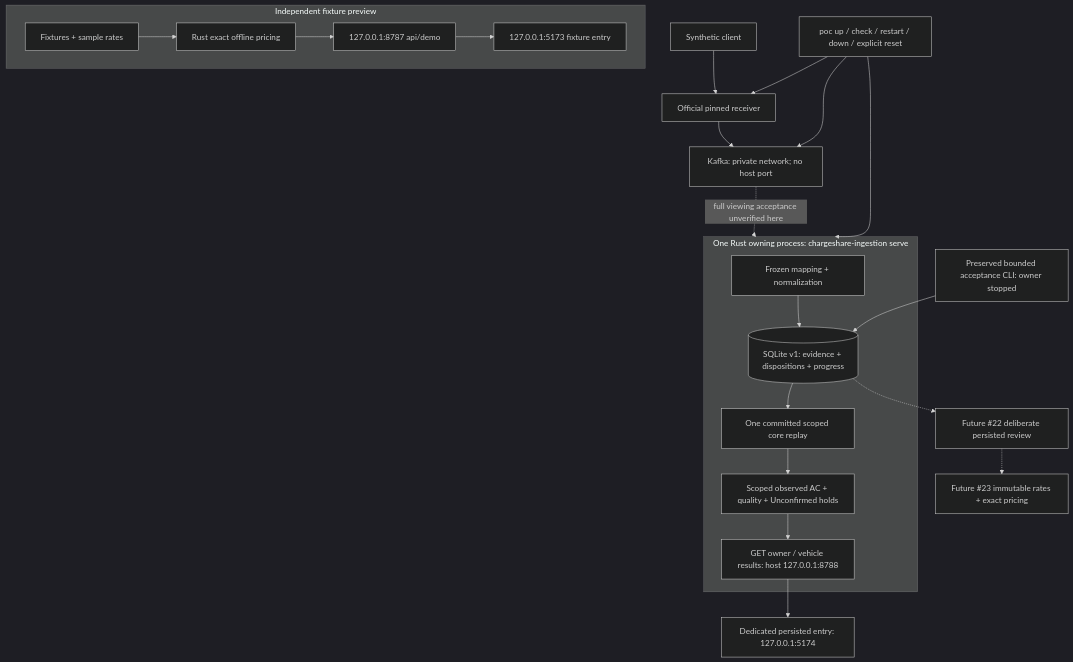
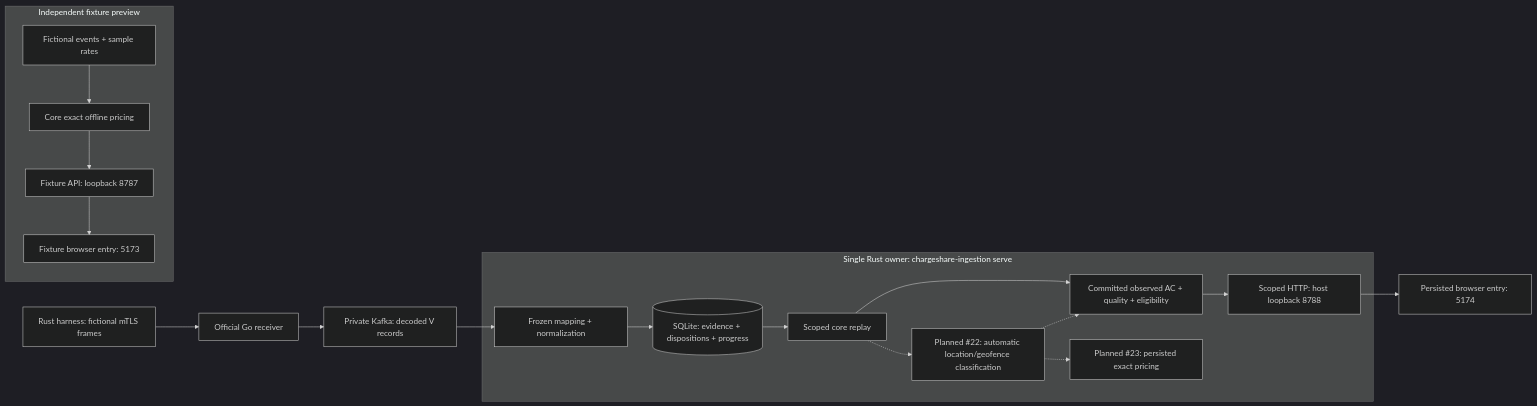
The diagram in docs/architecture.md (jestrada/ChargeShare), drawn with Mermaid (dark theme) before and after one commit. The commit also changed other lines of this file and 57 other files, not shown here.

````diff
--- a/docs/architecture.md
+++ b/docs/architecture.md
@@ -38,24 +32,21 @@
 ```mermaid
-flowchart TB
-    client["Synthetic client"] --> receiver["Official pinned receiver"]
-    receiver --> kafka["Kafka: private network; no host port"]
-    kafka -. "full viewing acceptance unverified here" .-> owner
-    subgraph owner["One Rust owning process: chargeshare-ingestion serve"]
-        normalize["Frozen mapping + normalization"] --> sqlite[("SQLite v1: evidence + dispositions + progress")]
-        sqlite --> replay["One committed scoped core replay"]
-        replay --> results["Scoped observed AC + quality + Unconfirmed holds"]
-        results --> api["GET owner / vehicle results: host 127.0.0.1:8788"]
+flowchart LR
+    sender["Rust harness: fictional mTLS frames"] --> receiver["Official Go receiver"]
+    receiver --> kafka["Private Kafka: decoded V records"]
+    kafka --> normalize
+    subgraph owner["Single Rust owner: chargeshare-ingestion serve"]
+        normalize["Frozen mapping + normalization"] --> sqlite[("SQLite: evidence + dispositions + progress")]
+        sqlite --> replay["Scoped core replay"]
+        replay --> results["Committed observed AC + quality + eligibility"]
+        results --> api["Scoped HTTP: host loopback 8788"]
+        replay -.-> classification["Planned #22: automatic location/geofence classification"]
+        classification -.-> results
+        classification -.-> pricing["Planned #23: persisted exact pricing"]
     end
-    api --> persisted["Dedicated persisted entry: 127.0.0.1:5174"]
-    lifecycle["poc up / check / restart / down / explicit reset"] --> owner
-    lifecycle --> receiver
-    lifecycle --> kafka
-    cli["Preserved bounded acceptance CLI: owner stopped"] --> sqlite
+    api --> persisted["Persisted browser entry: 5174"]
     subgraph fixture["Independent fixture preview"]
-        demo["Fixtures + sample rates"] --> pricing["Rust exact offline pricing"]
-        pricing --> fixture_api["127.0.0.1:8787 api/demo"]
-        fixture_api --> fixture_ui["127.0.0.1:5173 fixture entry"]
+        demo["Fictional events + sample rates"] --> offline["Core exact offline pricing"]
+        offline --> fixture_api["Fixture API: loopback 8787"]
+        fixture_api --> fixture_ui["Fixture browser entry: 5173"]
     end
-    sqlite -.-> review["Future #22 deliberate persisted review"]
-    review -.-> persisted_pricing["Future #23 immutable rates + exact pricing"]
 ```
````
